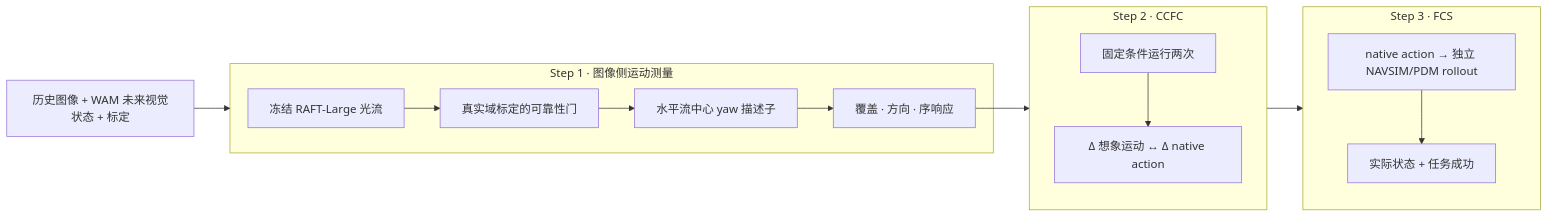
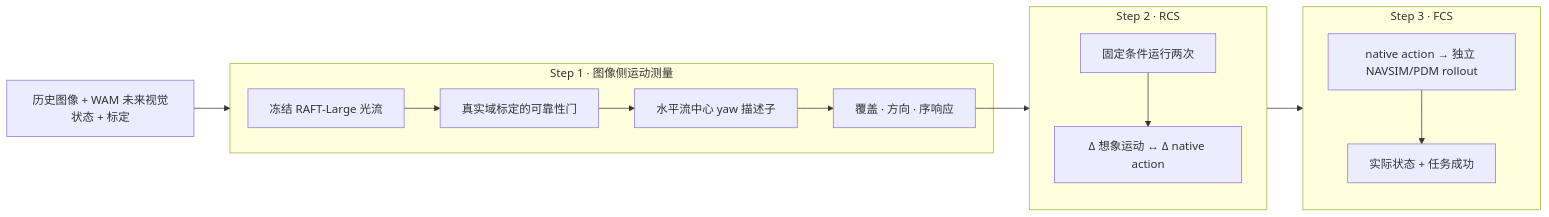
Before and after one commit to RiseBun/IAC: the diagram in README_zh.md, drawn with Mermaid. The commit also changed other lines of this file, not shown here.

````diff
--- a/README_zh.md
+++ b/README_zh.md
@@ -41,17 +43,17 @@
 ```mermaid
 flowchart LR
   I["历史图像 + WAM 未来视觉状态 + 标定"] --> S1
   subgraph S1["Step 1 · 图像侧运动测量"]
     S1a["冻结 RAFT-Large 光流"] --> S1b["真实域标定的可靠性门"]
     S1b --> S1c["水平流中心 yaw 描述子"]
     S1c --> S1d["覆盖 · 方向 · 序响应"]
   end
   S1d --> S2
-  subgraph S2["Step 2 · CCFC"]
+  subgraph S2["Step 2 · RCS"]
     S2a["固定条件运行两次"] --> S2b["Δ 想象运动 ↔ Δ native action"]
   end
   S2 --> S3
   subgraph S3["Step 3 · FCS"]
     S3a["native action → 独立 NAVSIM/PDM rollout"] --> S3b["实际状态 + 任务成功"]
   end
 ```
````
